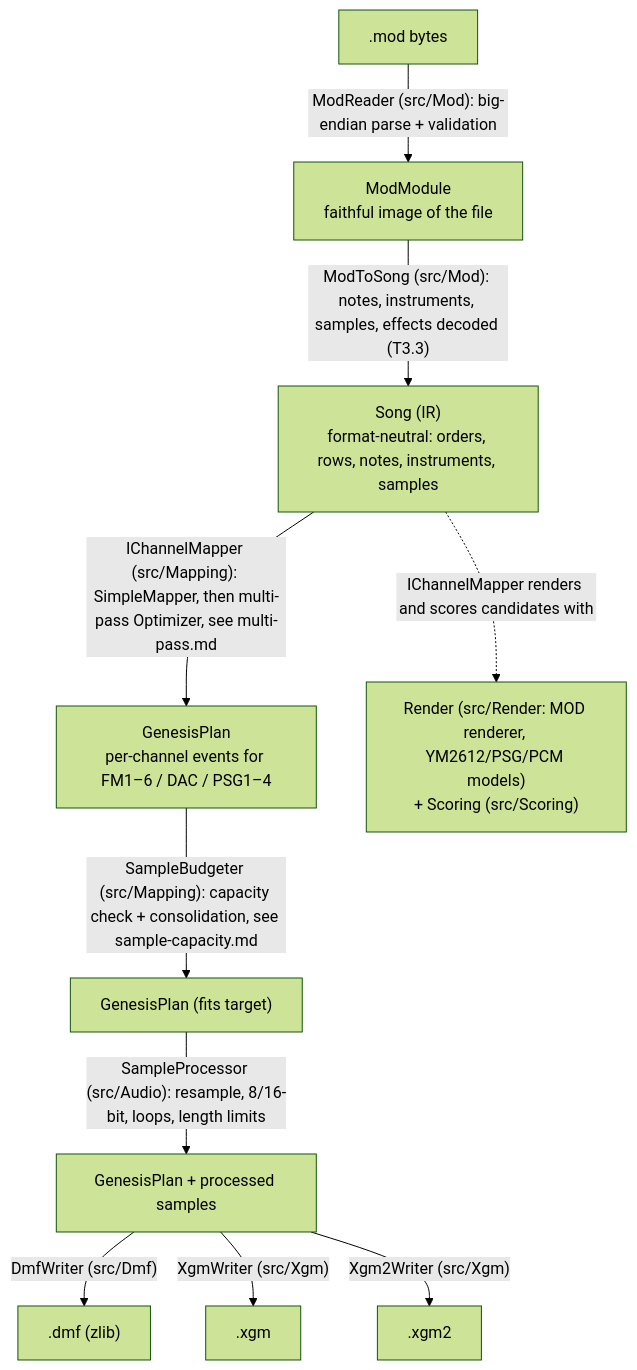
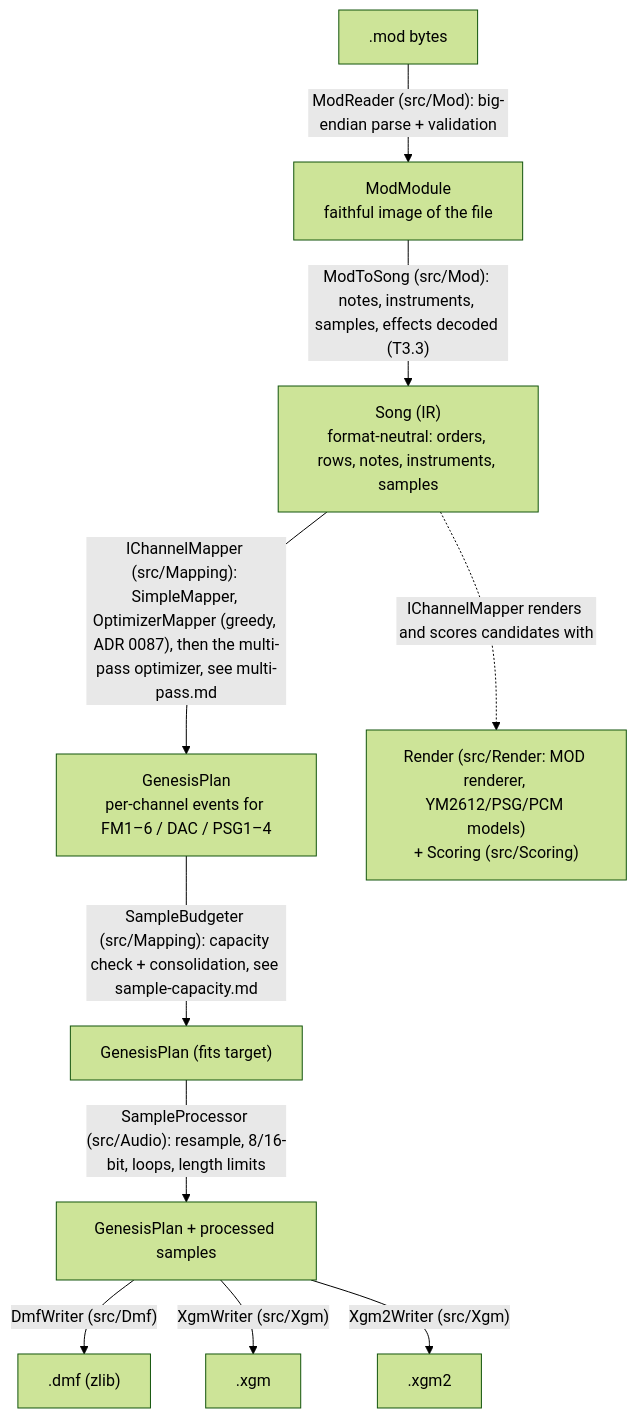
The diagram in docs/architecture.md (davidpizon/Mod2Xgm), drawn with Mermaid (forest theme) before and after one commit. The commit also changed 30 other files, not shown here.

````diff
--- a/docs/architecture.md
+++ b/docs/architecture.md
@@ -5,23 +5,23 @@
 ```mermaid
 flowchart TD
     bytes[".mod bytes"]
     module["ModModule<br/>faithful image of the file"]
     song["Song (IR)<br/>format-neutral: orders, rows, notes, instruments, samples"]
     plan["GenesisPlan<br/>per-channel events for FM1–6 / DAC / PSG1–4"]
     fits["GenesisPlan (fits target)"]
     processed["GenesisPlan + processed samples"]
     dmf[".dmf (zlib)"]
     xgm[".xgm"]
     xgm2[".xgm2"]
     tools["Render (src/Render: MOD renderer, YM2612/PSG/PCM models)<br/>+ Scoring (src/Scoring)"]
 
     bytes -- "ModReader (src/Mod): big-endian parse + validation" --> module
     module -- "ModToSong (src/Mod): notes, instruments, samples, effects decoded (T3.3)" --> song
-    song -- "IChannelMapper (src/Mapping): SimpleMapper, then multi-pass Optimizer, see multi-pass.md" --> plan
+    song -- "IChannelMapper (src/Mapping): SimpleMapper, OptimizerMapper (greedy, ADR 0087), then the multi-pass optimizer, see multi-pass.md" --> plan
     song -. "IChannelMapper renders and scores candidates with" .-> tools
     plan -- "SampleBudgeter (src/Mapping): capacity check + consolidation, see sample-capacity.md" --> fits
     fits -- "SampleProcessor (src/Audio): resample, 8/16-bit, loops, length limits" --> processed
     processed -- "DmfWriter (src/Dmf)" --> dmf
     processed -- "XgmWriter (src/Xgm)" --> xgm
     processed -- "Xgm2Writer (src/Xgm)" --> xgm2
 ```
````
